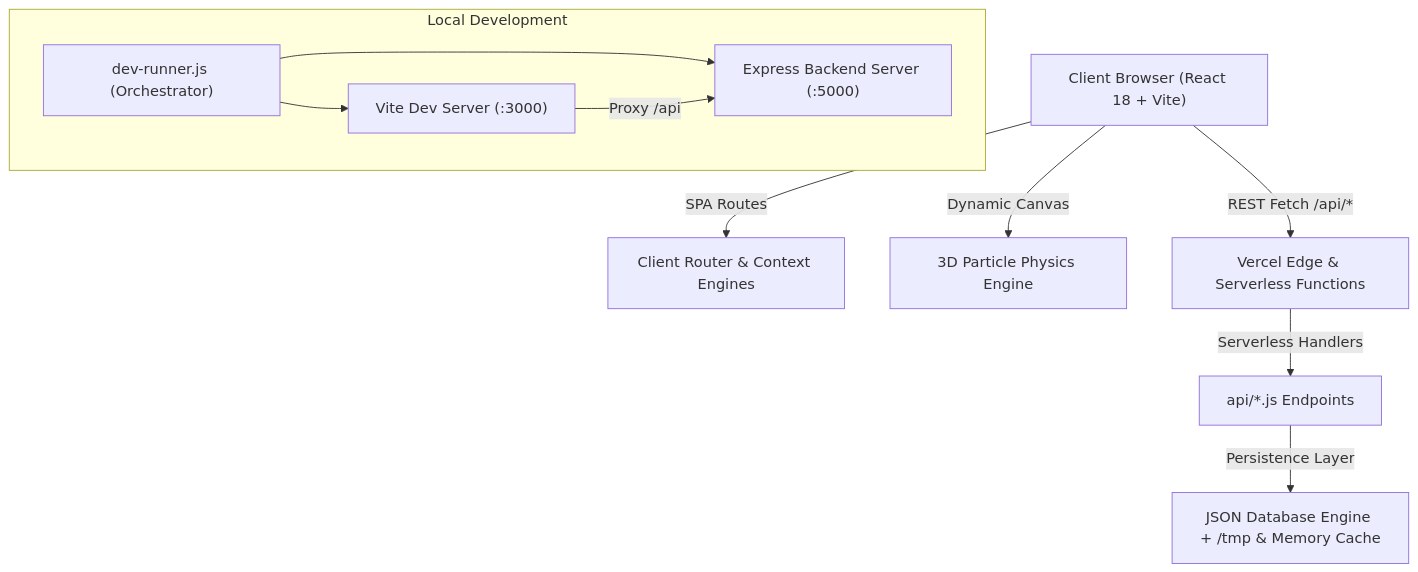
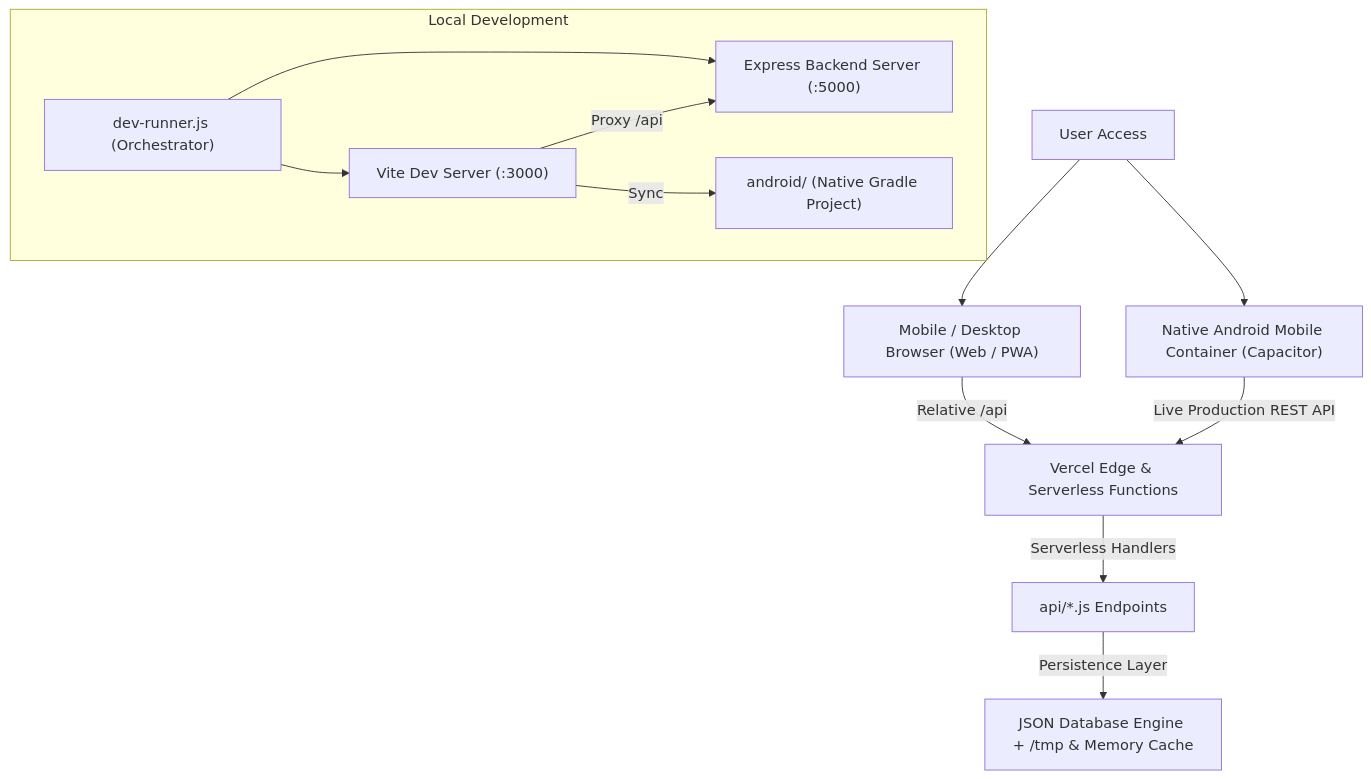
The diagram in README.md (likiliki27070-rgb/Engineering-project-hub-), drawn with Mermaid before and after one commit. The commit also changed other lines of this file and 66 other files, not shown here.

Commit message:
feat: convert existing website into production-ready mobile application (Android & PWA)

````diff
--- a/README.md
+++ b/README.md
@@ -68,14 +71,18 @@
 ```mermaid
 graph TD
-    Client["Client Browser (React 18 + Vite)"] -->|SPA Routes| Router["Client Router & Context Engines"]
-    Client -->|Dynamic Canvas| Canvas["3D Particle Physics Engine"]
-    Client -->|REST Fetch /api/*| VercelEdge["Vercel Edge & Serverless Functions"]
+    User["User Access"] --> WebBrowser["Mobile / Desktop Browser (Web / PWA)"]
+    User --> AndroidApp["Native Android Mobile Container (Capacitor)"]
+    
+    WebBrowser -->|Relative /api| VercelEdge["Vercel Edge & Serverless Functions"]
+    AndroidApp -->|Live Production REST API| VercelEdge
+    
     VercelEdge -->|Serverless Handlers| APIHandlers["api/*.js Endpoints"]
     APIHandlers -->|Persistence Layer| DB["JSON Database Engine + /tmp & Memory Cache"]
     
     subgraph Local Development
         DevRunner["dev-runner.js (Orchestrator)"] --> FrontendDev["Vite Dev Server (:3000)"]
         DevRunner --> BackendDev["Express Backend Server (:5000)"]
         FrontendDev -->|Proxy /api| BackendDev
+        FrontendDev -->|Sync| AndroidNative["android/ (Native Gradle Project)"]
     end
 ```
````
